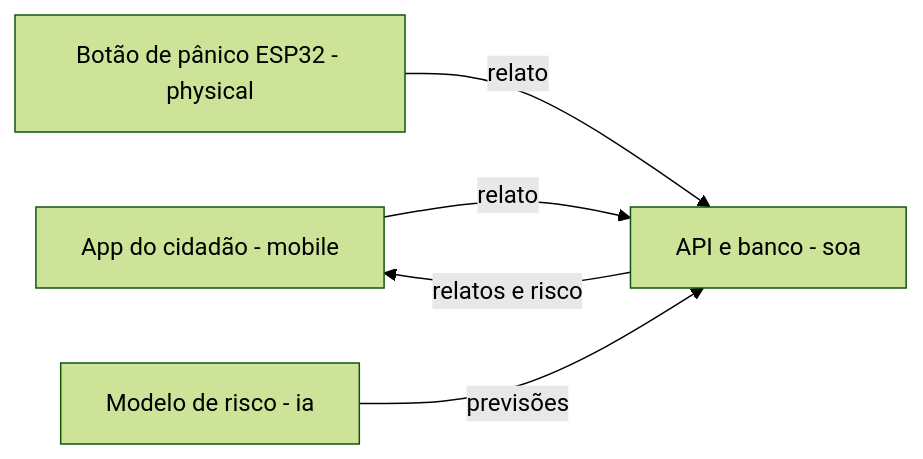
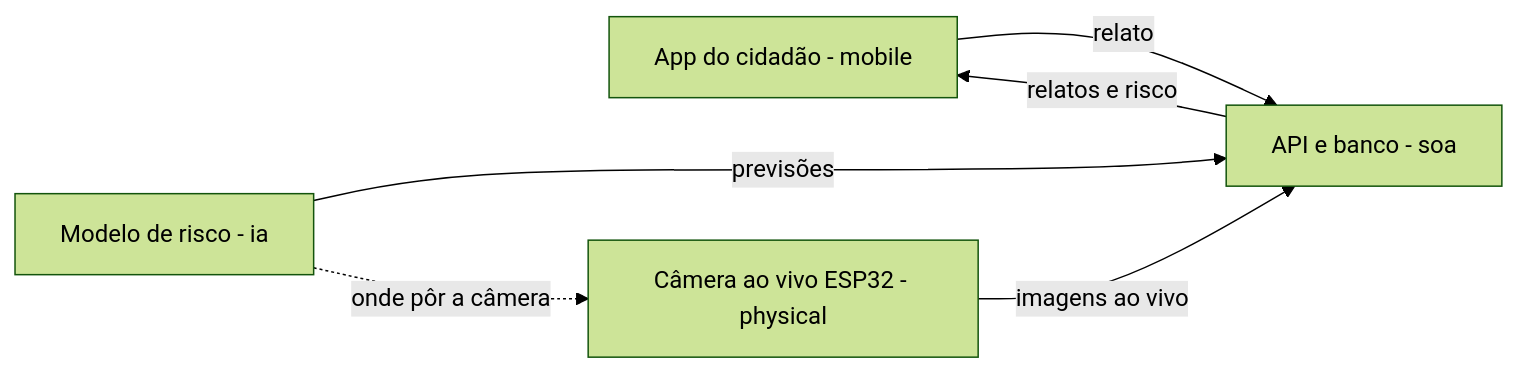
One commit to GrupoMoskitto/gs2026 changed the diagram in README.md. Above: the diagram before and after it, drawn with Mermaid (forest theme). The commit also changed other lines of this file and 7 other files, not shown here.

Commit message:
docs: IoT passa a ser a câmera ao vivo

````diff
--- a/README.md
+++ b/README.md
@@ -42,11 +42,12 @@
 ```mermaid
 flowchart LR
     APP["App do cidadão - mobile"]
-    IOT["Botão de pânico ESP32 - physical"]
+    IOT["Câmera ao vivo ESP32 - physical"]
     API["API e banco - soa"]
     ML["Modelo de risco - ia"]
     APP -- relato --> API
-    IOT -- relato --> API
+    IOT -- imagens ao vivo --> API
     ML -- previsões --> API
+    ML -. onde pôr a câmera .-> IOT
     API -- relatos e risco --> APP
 ```
````
